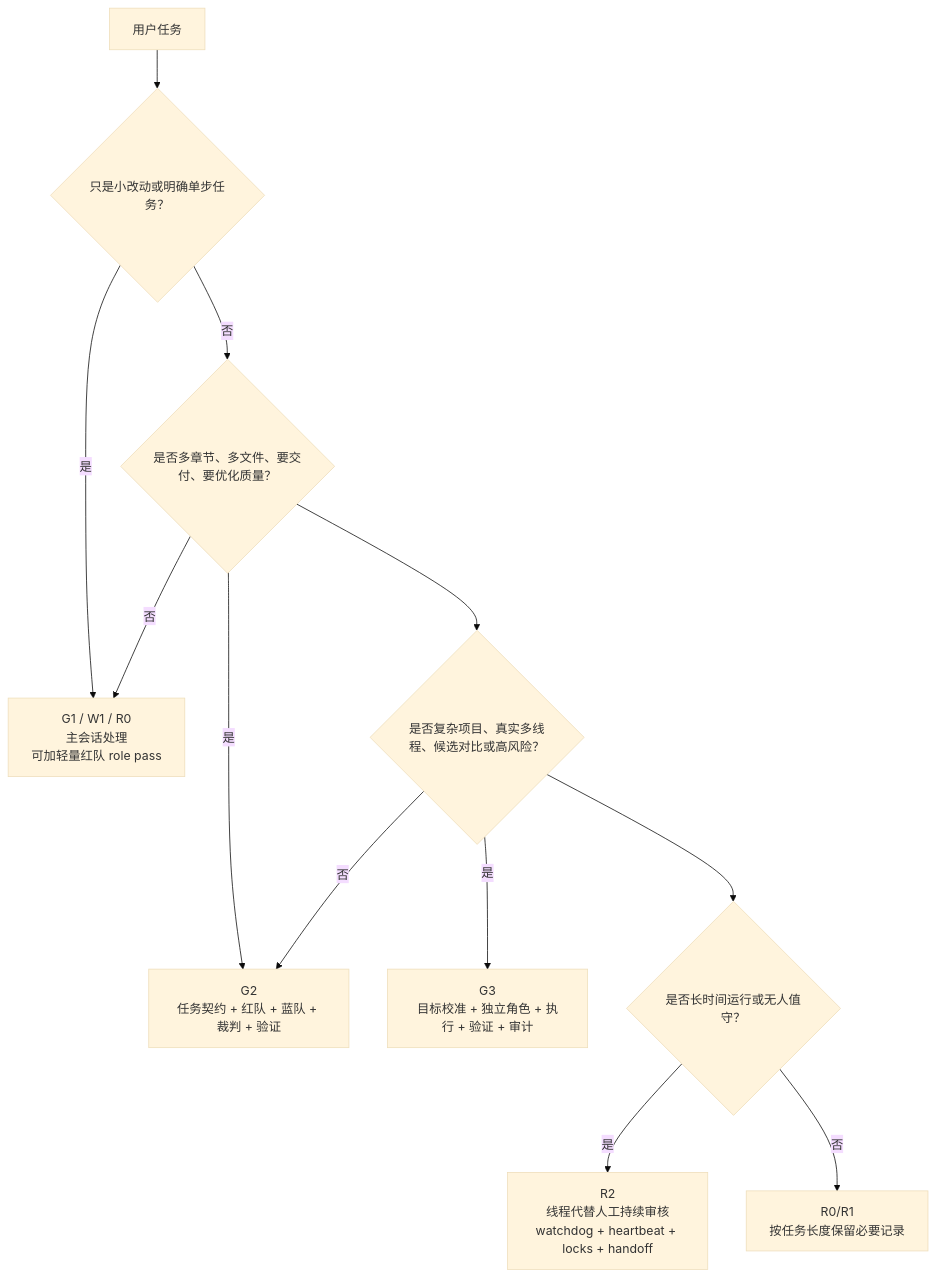
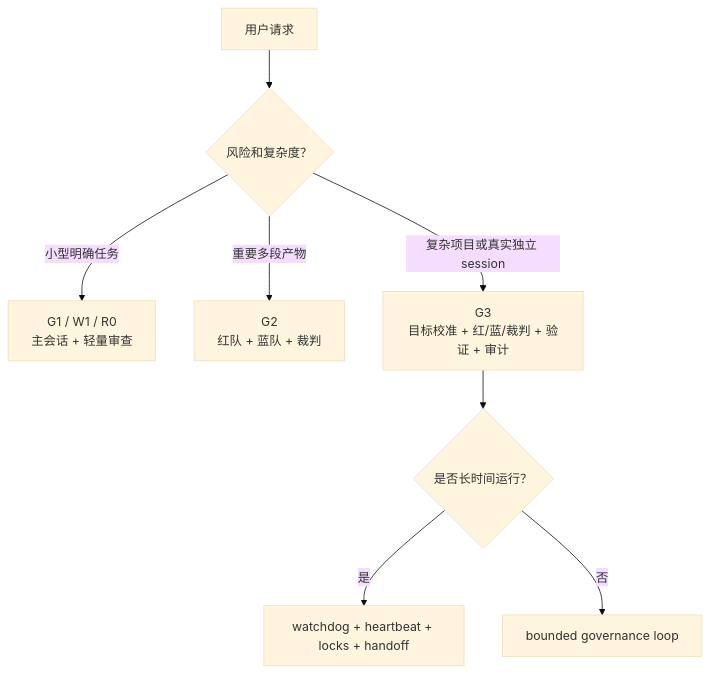
The second of 3 diagrams in README.md (pigeon-flower/multi-thread-generative-governance-skill), drawn with Mermaid (base theme) before and after one commit. The commit also changed other lines of this file and 21 other files, not shown here.

````diff
--- a/README.md
+++ b/README.md
@@ -98,14 +102,10 @@
 ```mermaid
 flowchart TD
-    A["用户任务"] --> B{"只是小改动或明确单步任务？"}
-    B -->|是| G1["G1 / W1 / R0<br/>主会话处理<br/>可加轻量红队 role pass"]
-    B -->|否| C{"是否多章节、多文件、要交付、要优化质量？"}
-    C -->|是| G2["G2<br/>任务契约 + 红队 + 蓝队 + 裁判 + 验证"]
-    C -->|否| G1
-    C --> D{"是否复杂项目、真实多线程、候选对比或高风险？"}
-    D -->|是| G3["G3<br/>目标校准 + 独立角色 + 执行 + 验证 + 审计"]
-    D -->|否| G2
-    D --> E{"是否长时间运行或无人值守？"}
-    E -->|是| R2["R2<br/>线程代替人工持续审核<br/>watchdog + heartbeat + locks + handoff"]
-    E -->|否| R0["R0/R1<br/>按任务长度保留必要记录"]
+    Q["用户请求"] --> T{"风险和复杂度？"}
+    T -->|小型明确任务| G1["G1 / W1 / R0<br/>主会话 + 轻量审查"]
+    T -->|重要多段产物| G2["G2<br/>红队 + 蓝队 + 裁判"]
+    T -->|复杂项目或真实独立 session| G3["G3<br/>目标校准 + 红/蓝/裁判 + 验证 + 审计"]
+    G3 --> R2{"是否长时间运行？"}
+    R2 -->|是| Watch["watchdog + heartbeat + locks + handoff"]
+    R2 -->|否| Close["bounded governance loop"]
 ```
````
